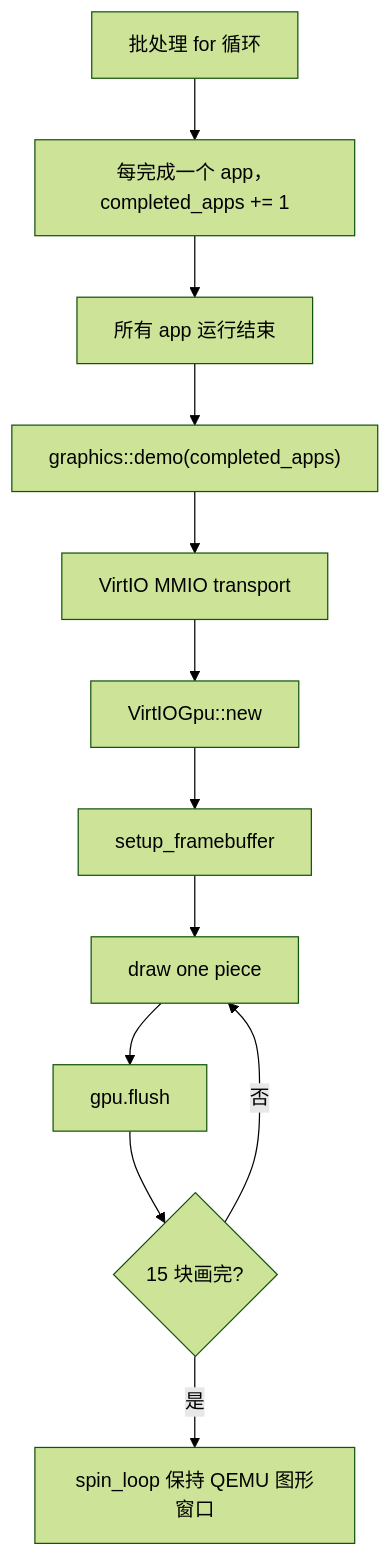
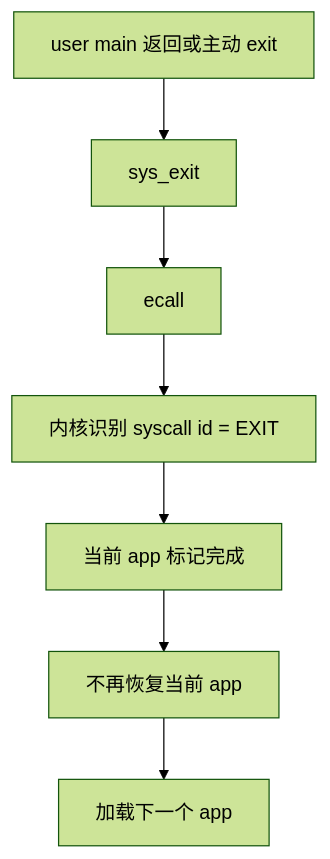
One commit to flyyansii/Tg-rCore-Tutorial-2026S changed the fifth of 5 diagrams in doc/ch2/rCore-ch2-代码链与模块对应底稿.md. Above: the diagram before and after it, drawn with Mermaid (forest theme). The commit also changed other lines of this file and 7 other files, not shown here.

````diff
--- a/doc/ch2/rCore-ch2-代码链与模块对应底稿.md
+++ b/doc/ch2/rCore-ch2-代码链与模块对应底稿.md
@@ -146,14 +256,9 @@
 ```mermaid
 flowchart TD
-    A["批处理 for 循环"] --> B["每完成一个 app，completed_apps += 1"]
-    B --> C["所有 app 运行结束"]
-    C --> D["graphics::demo(completed_apps)"]
-    D --> E["VirtIO MMIO transport"]
-    E --> F["VirtIOGpu::new"]
-    F --> G["setup_framebuffer"]
-    G --> H["draw one piece"]
-    H --> I["gpu.flush"]
-    I --> J{"15 块画完?"}
-    J -->|"否"| H
-    J -->|"是"| K["spin_loop 保持 QEMU 图形窗口"]
+    A["user main 返回或主动 exit"] --> B["sys_exit"]
+    B --> C["ecall"]
+    C --> D["内核识别 syscall id = EXIT"]
+    D --> E["当前 app 标记完成"]
+    E --> F["不再恢复当前 app"]
+    F --> G["加载下一个 app"]
 ```
````
